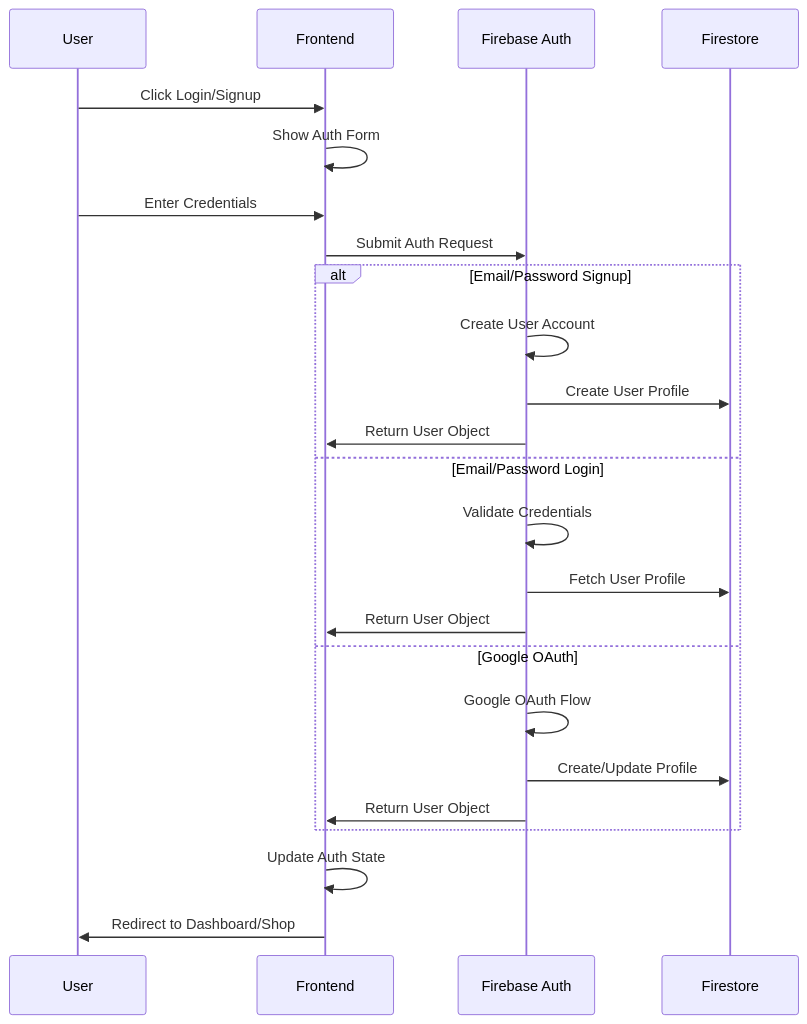
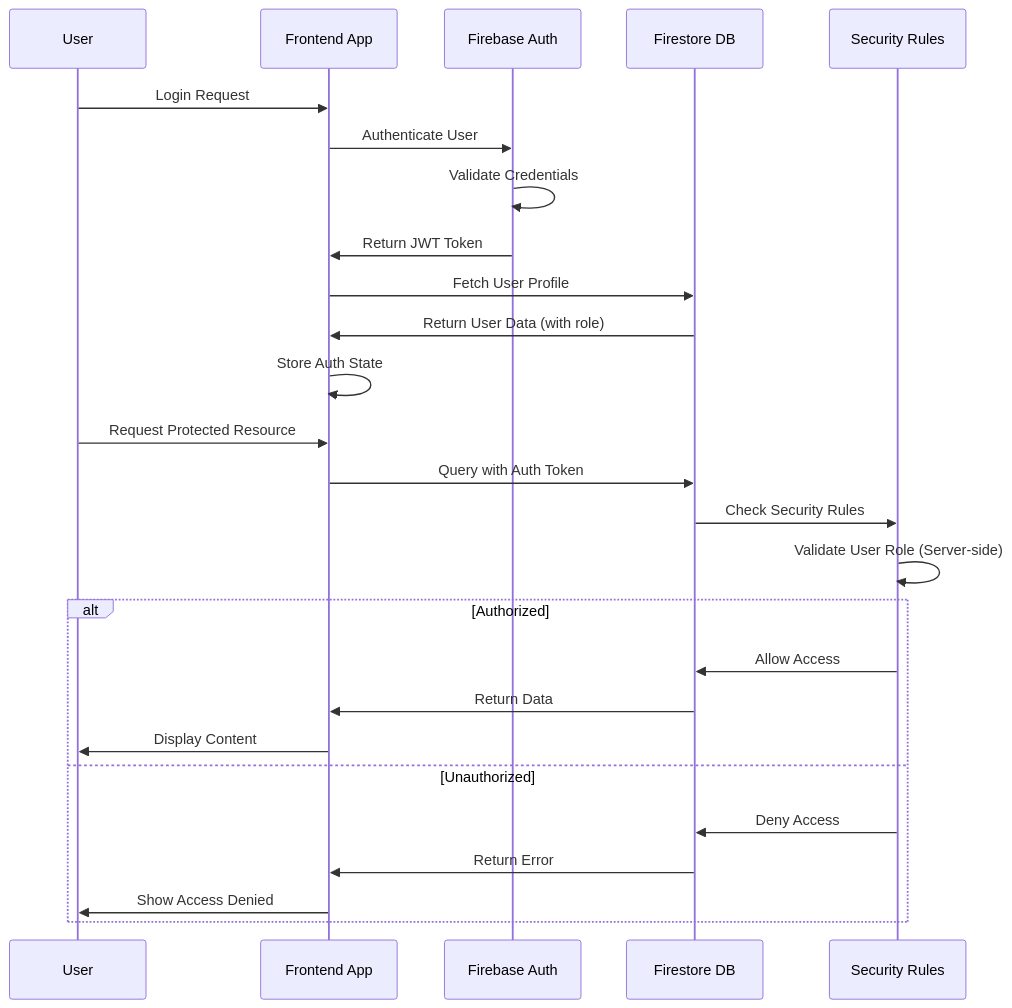
The third of 14 diagrams in ARCHITECTURE_DIAGRAMS.md (anathema43/Ramro), drawn with Mermaid before and after one commit. The commit also changed other lines of this file and 131 other files, not shown here.

````diff
--- a/ARCHITECTURE_DIAGRAMS.md
+++ b/ARCHITECTURE_DIAGRAMS.md
@@ -103,29 +113,31 @@
 ```mermaid
 sequenceDiagram
-    participant U as User
-    participant F as Frontend
-    participant FA as Firebase Auth
-    participant FS as Firestore
+    participant User as User
+    participant Frontend as Frontend App
+    participant Auth as Firebase Auth
+    participant Firestore as Firestore DB
+    participant Rules as Security Rules
     
-    U->>F: Click Login/Signup
-    F->>F: Show Auth Form
-    U->>F: Enter Credentials
-    F->>FA: Submit Auth Request
+    User->>Frontend: Login Request
+    Frontend->>Auth: Authenticate User
+    Auth->>Auth: Validate Credentials
+    Auth->>Frontend: Return JWT Token
+    Frontend->>Firestore: Fetch User Profile
+    Firestore->>Frontend: Return User Data (with role)
+    Frontend->>Frontend: Store Auth State
     
-    alt Email/Password Signup
-        FA->>FA: Create User Account
-        FA->>FS: Create User Profile
-        FA->>F: Return User Object
-    else Email/Password Login
-        FA->>FA: Validate Credentials
-        FA->>FS: Fetch User Profile
-        FA->>F: Return User Object
-    else Google OAuth
-        FA->>FA: Google OAuth Flow
-        FA->>FS: Create/Update Profile
-        FA->>F: Return User Object
+    User->>Frontend: Request Protected Resource
+    Frontend->>Firestore: Query with Auth Token
+    Firestore->>Rules: Check Security Rules
+    Rules->>Rules: Validate User Role (Server-side)
+    
+    alt Authorized
+        Rules->>Firestore: Allow Access
+        Firestore->>Frontend: Return Data
+        Frontend->>User: Display Content
+    else Unauthorized
+        Rules->>Firestore: Deny Access
+        Firestore->>Frontend: Return Error
+        Frontend->>User: Show Access Denied
     end
-    
-    F->>F: Update Auth State
-    F->>U: Redirect to Dashboard/Shop
 ```
````
